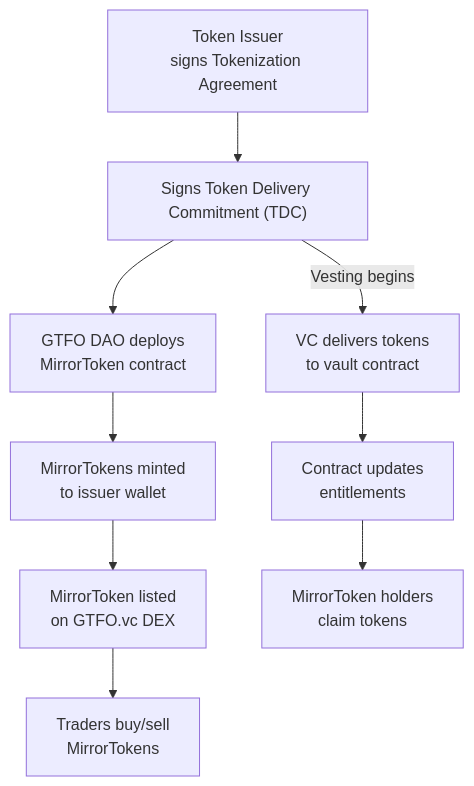
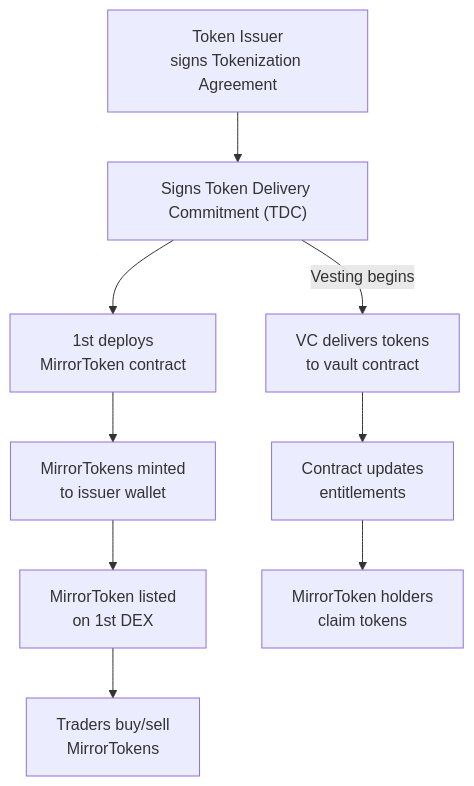
The diagram in index.mdx (1stdex/docs), drawn with Mermaid before and after one commit. The commit also changed other lines of this file, not shown here.

````diff
--- a/index.mdx
+++ b/index.mdx
@@ -63,11 +63,11 @@
 ```mermaid
 flowchart TD
   VC["Token Issuer<br>signs Tokenization Agreement"] --> TDC["Signs Token Delivery Commitment (TDC)"]
-  TDC --> Deploy["GTFO DAO deploys<br>MirrorToken contract"]
+  TDC --> Deploy["1st deploys<br>MirrorToken contract"]
   Deploy --> Mint["MirrorTokens minted<br>to issuer wallet"]
-  Mint --> List["MirrorToken listed<br>on GTFO.vc DEX"]
+  Mint --> List["MirrorToken listed<br>on 1st DEX"]
   List --> Trade["Traders buy/sell<br>MirrorTokens"]
   TDC -->|Vesting begins| Delivery["VC delivers tokens<br>to vault contract"]
   Delivery --> Vault["Contract updates<br>entitlements"]
   Vault --> Claim["MirrorToken holders<br>claim tokens"]
 ```
````
